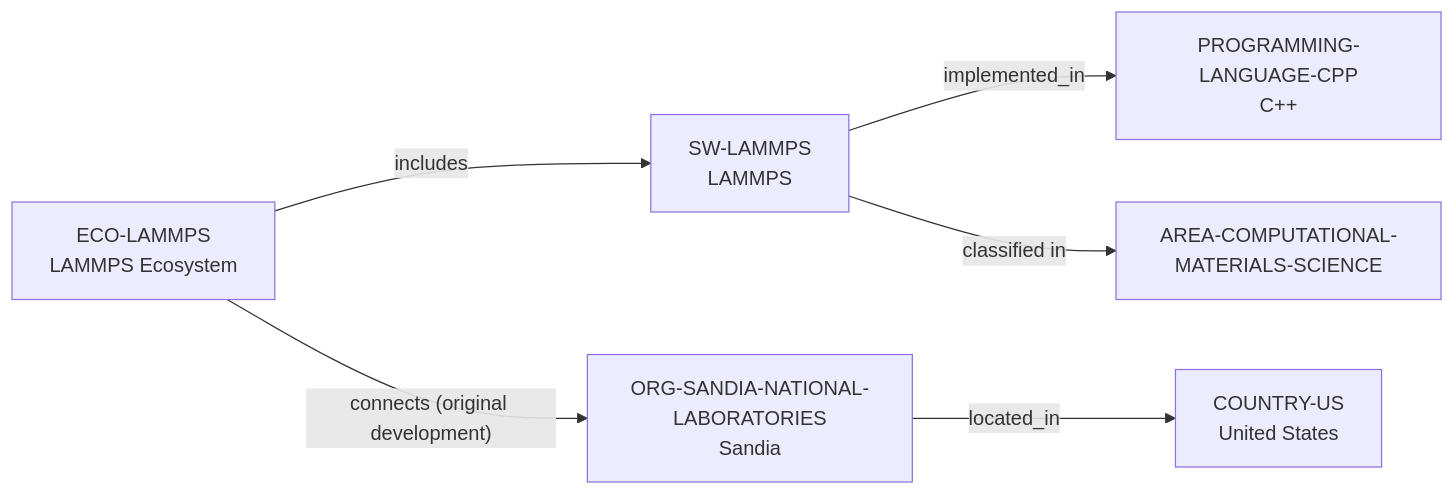
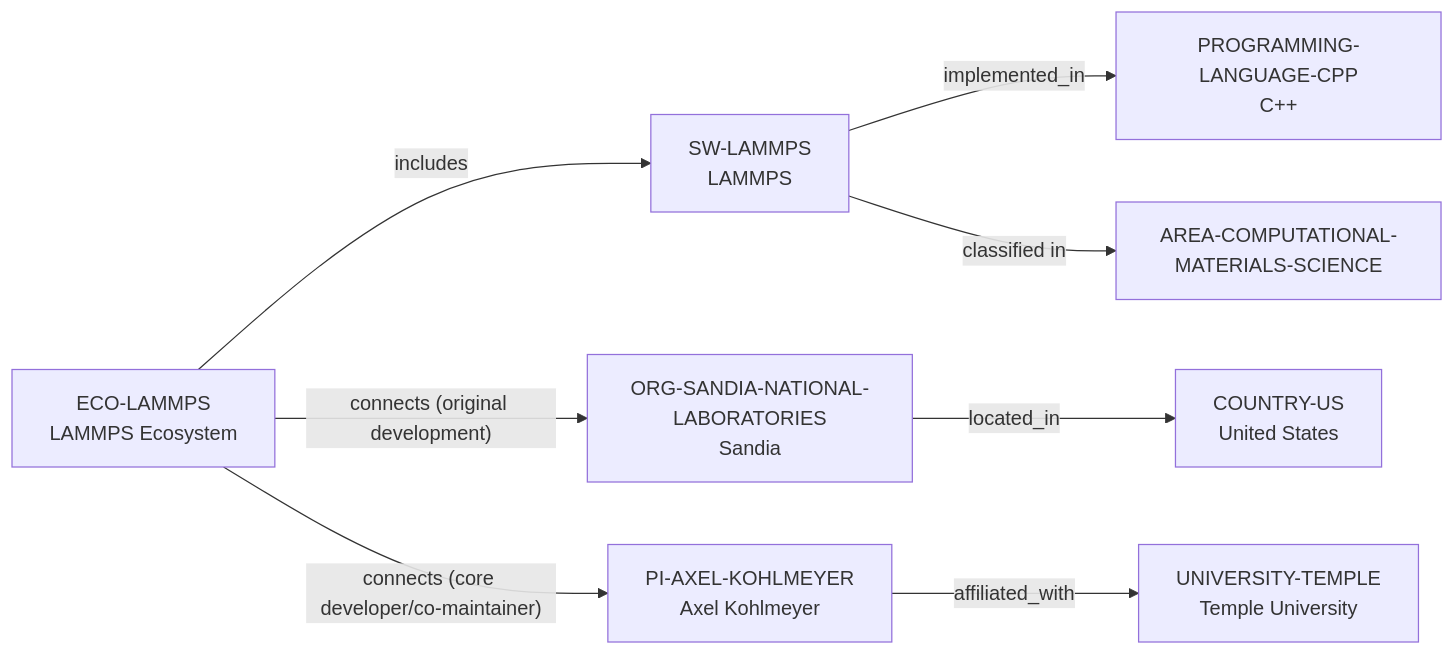
One commit to akin-oz/research-landscape changed the diagram in docs/lammps-ecosystem-intelligence-vertical-slice.md. Above: the diagram before and after it, drawn with Mermaid. The commit also changed other lines of this file and 25 other files, not shown here.

Commit message:
feat: add Temple LAMMPS developer path

````diff
--- a/docs/lammps-ecosystem-intelligence-vertical-slice.md
+++ b/docs/lammps-ecosystem-intelligence-vertical-slice.md
@@ -15,8 +15,10 @@
 ```mermaid
 flowchart LR
   ECO["ECO-LAMMPS\nLAMMPS Ecosystem"] -->|"includes"| SW["SW-LAMMPS\nLAMMPS"]
   ECO -->|"connects (original development)"| ORG["ORG-SANDIA-NATIONAL-LABORATORIES\nSandia"]
+  ECO -->|"connects (core developer/co-maintainer)"| PI["PI-AXEL-KOHLMEYER\nAxel Kohlmeyer"]
   ORG -->|"located_in"| C["COUNTRY-US\nUnited States"]
+  PI -->|"affiliated_with"| U["UNIVERSITY-TEMPLE\nTemple University"]
   SW -->|"implemented_in"| CPP["PROGRAMMING-LANGUAGE-CPP\nC++"]
   SW -->|"classified in"| AREA["AREA-COMPUTATIONAL-MATERIALS-SCIENCE"]
 ```
````
